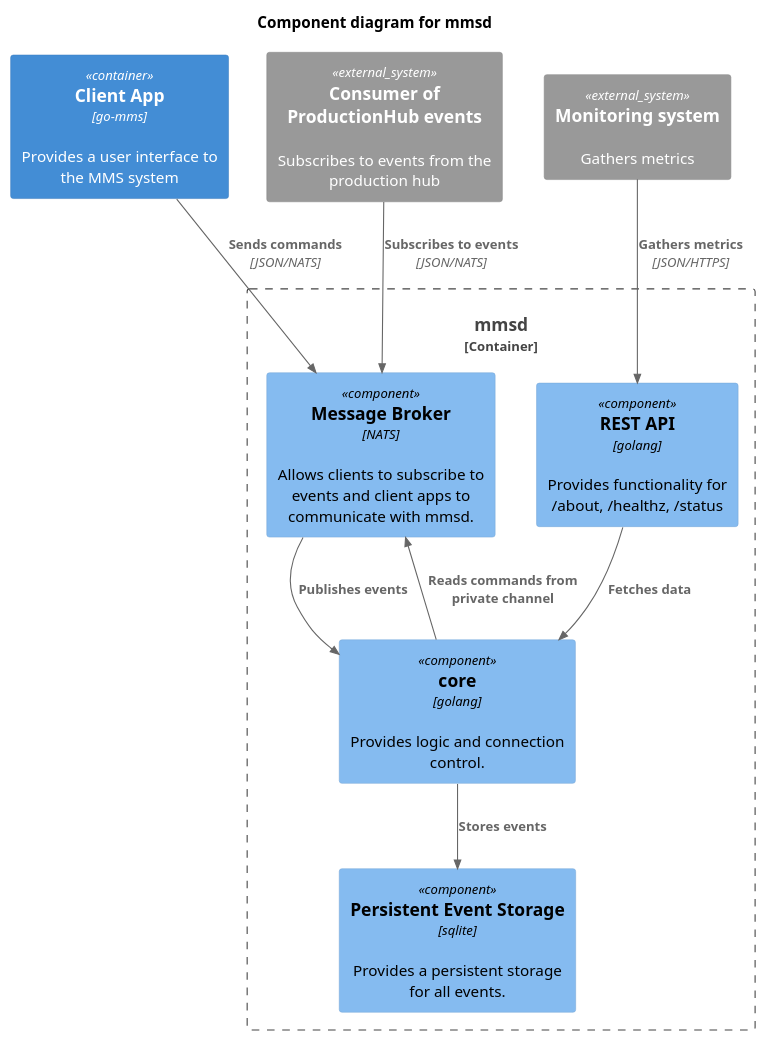
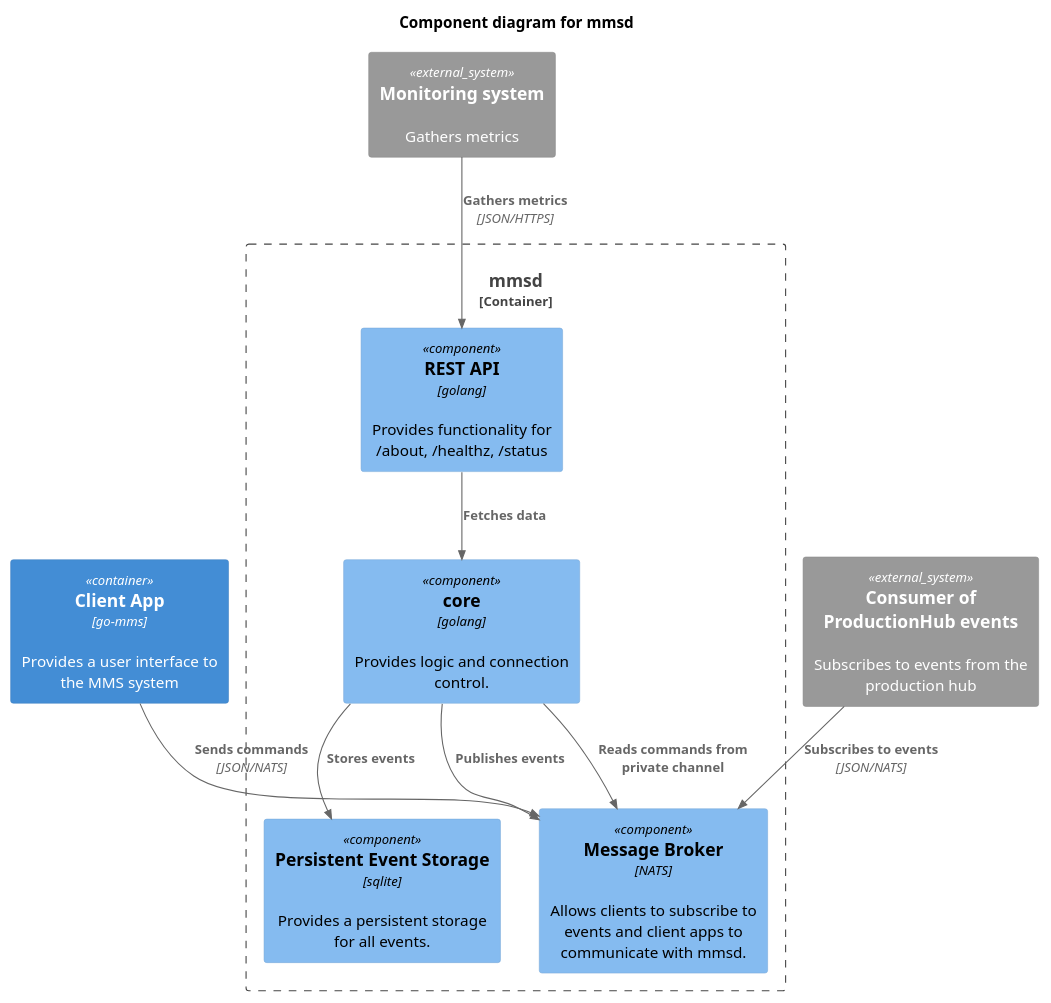
The diagram in architecture/component.pu (metno/MMS), drawn with PlantUML before and after one commit.

Commit message:
Fix arrow direction

```diff
--- a/architecture/component.pu
+++ b/architecture/component.pu
@@ -1,29 +1,29 @@
 @startuml
 !includeurl https://raw.githubusercontent.com/RicardoNiepel/C4-PlantUML/master/C4_Component.puml
 
 'LAYOUT_WITH_LEGEND
 
 title Component diagram for mmsd
 
 ' perhaps better suited for Container diagram: Container(wm, "Workflow manager", "ecFlow, ProRad, ...", "Lets people construct processing pipelines")
 Container(mms, "Client App", "go-mms", "Provides a user interface to the MMS system")
 System_Ext(subscriber, "Consumer of ProductionHub events", "Subscribes to events from the production hub")
 System_Ext(ms, "Monitoring system", "Gathers metrics")
 
 Container_Boundary(api, "mmsd") {
     Component(mb, "Message Broker", "NATS", "Allows clients to subscribe to events and client apps to communicate with mmsd.")
     Component(pes, "Persistent Event Storage", "sqlite", "Provides a persistent storage for all events.")
     Component(restapi, "REST API", "golang", "Provides functionality for /about, /healthz, /status")
     Component(core, "core", "golang", "Provides logic and connection control.")
 
     Rel(core, mb, "Reads commands from private channel")
     Rel(core, pes, "Stores events")
-    Rel(mb, core, "Publishes events")
+    Rel(core, mb, "Publishes events")
     Rel(restapi, core, "Fetches data")
 }
 
 Rel(mms, mb, "Sends commands", "JSON/NATS")
 Rel(subscriber, mb, "Subscribes to events", "JSON/NATS")
 Rel(ms, restapi, "Gathers metrics", "JSON/HTTPS")
 
 @enduml
```
